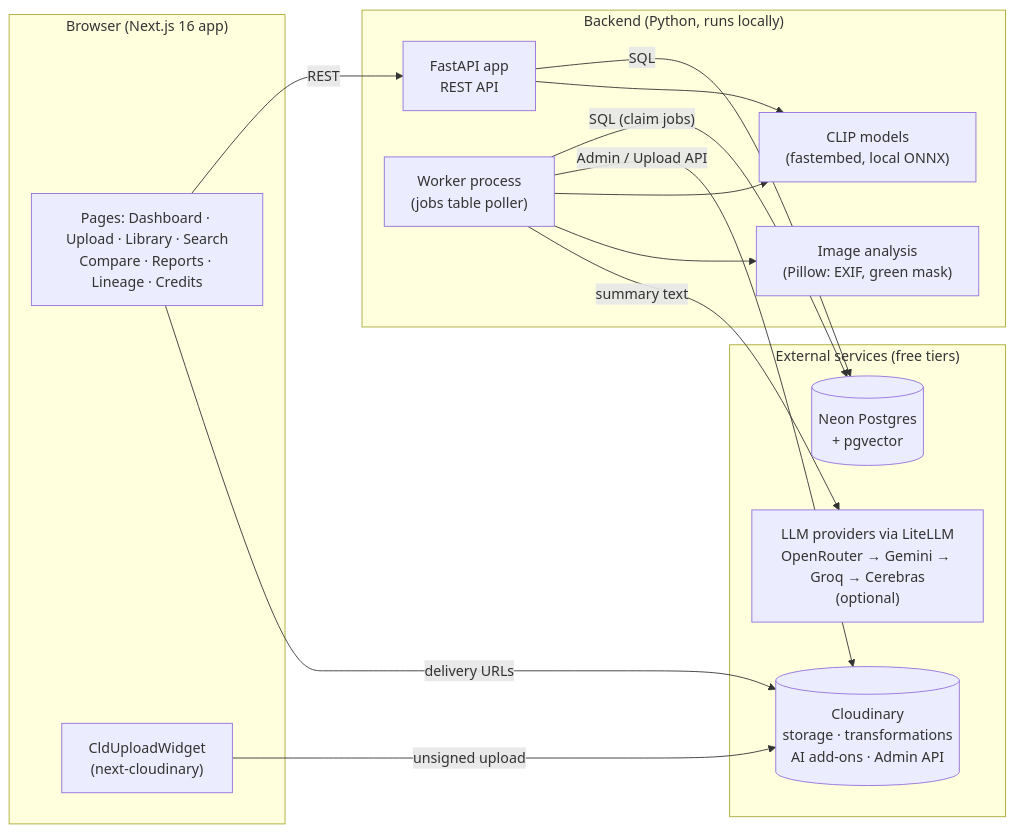
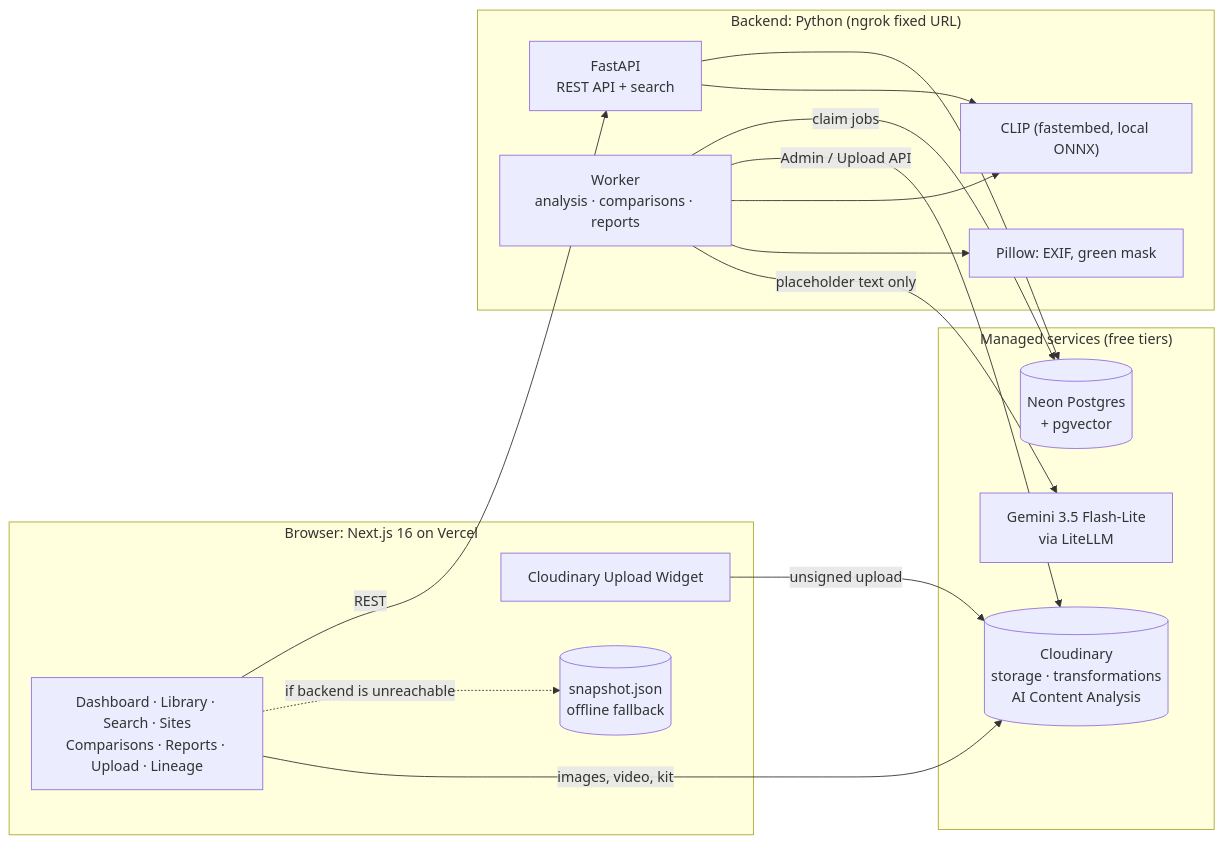
Before and after one commit to MonisMS/cc-hack: the diagram in README.md, drawn with Mermaid. The commit also changed other lines of this file and 11 other files, not shown here.

Commit message:
Rewrite README with screenshots; don't treat a slow backend as offline; dedupe in-flight GETs

````diff
--- a/README.md
+++ b/README.md
@@ -44,31 +58,33 @@
 ```mermaid
 flowchart LR
-    subgraph Browser["Browser (Next.js 16 app)"]
-        UI["Pages: Dashboard · Upload · Library · Search<br/>Compare · Reports · Lineage · Credits"]
-        W["CldUploadWidget<br/>(next-cloudinary)"]
+    subgraph Web["Browser: Next.js 16 on Vercel"]
+        UI["Dashboard · Library · Search · Sites<br/>Comparisons · Reports · Upload · Lineage"]
+        W["Cloudinary Upload Widget"]
+        SNAP[("snapshot.json<br/>offline fallback")]
     end
 
-    subgraph API["Backend (Python, runs locally)"]
-        FA["FastAPI app<br/>REST API"]
-        WK["Worker process<br/>(jobs table poller)"]
-        CL["CLIP models<br/>(fastembed, local ONNX)"]
-        IM["Image analysis<br/>(Pillow: EXIF, green mask)"]
+    subgraph API["Backend: Python (ngrok fixed URL)"]
+        FA["FastAPI<br/>REST API + search"]
+        WK["Worker<br/>analysis · comparisons · reports"]
+        CL["CLIP (fastembed, local ONNX)"]
+        IM["Pillow: EXIF, green mask"]
     end
 
-    subgraph Cloud["External services (free tiers)"]
-        CLD[("Cloudinary<br/>storage · transformations<br/>AI add-ons · Admin API")]
+    subgraph Cloud["Managed services (free tiers)"]
+        CLD[("Cloudinary<br/>storage · transformations<br/>AI Content Analysis")]
         DB[("Neon Postgres<br/>+ pgvector")]
-        LLM["LLM providers via LiteLLM<br/>OpenRouter → Gemini → Groq → Cerebras<br/>(optional)"]
+        LLM["Gemini 3.5 Flash-Lite<br/>via LiteLLM"]
     end
 
     W -- "unsigned upload" --> CLD
     UI -- "REST" --> FA
-    UI -- "delivery URLs" --> CLD
-    FA -- "SQL" --> DB
-    WK -- "SQL (claim jobs)" --> DB
+    UI -. "if backend is unreachable" .-> SNAP
+    UI -- "images, video, kit" --> CLD
+    FA --> DB
+    FA --> CL
+    WK -- "claim jobs" --> DB
     WK -- "Admin / Upload API" --> CLD
     WK --> CL
     WK --> IM
-    WK -- "summary text" --> LLM
-    FA --> CL
+    WK -- "placeholder text only" --> LLM
 ```
````
